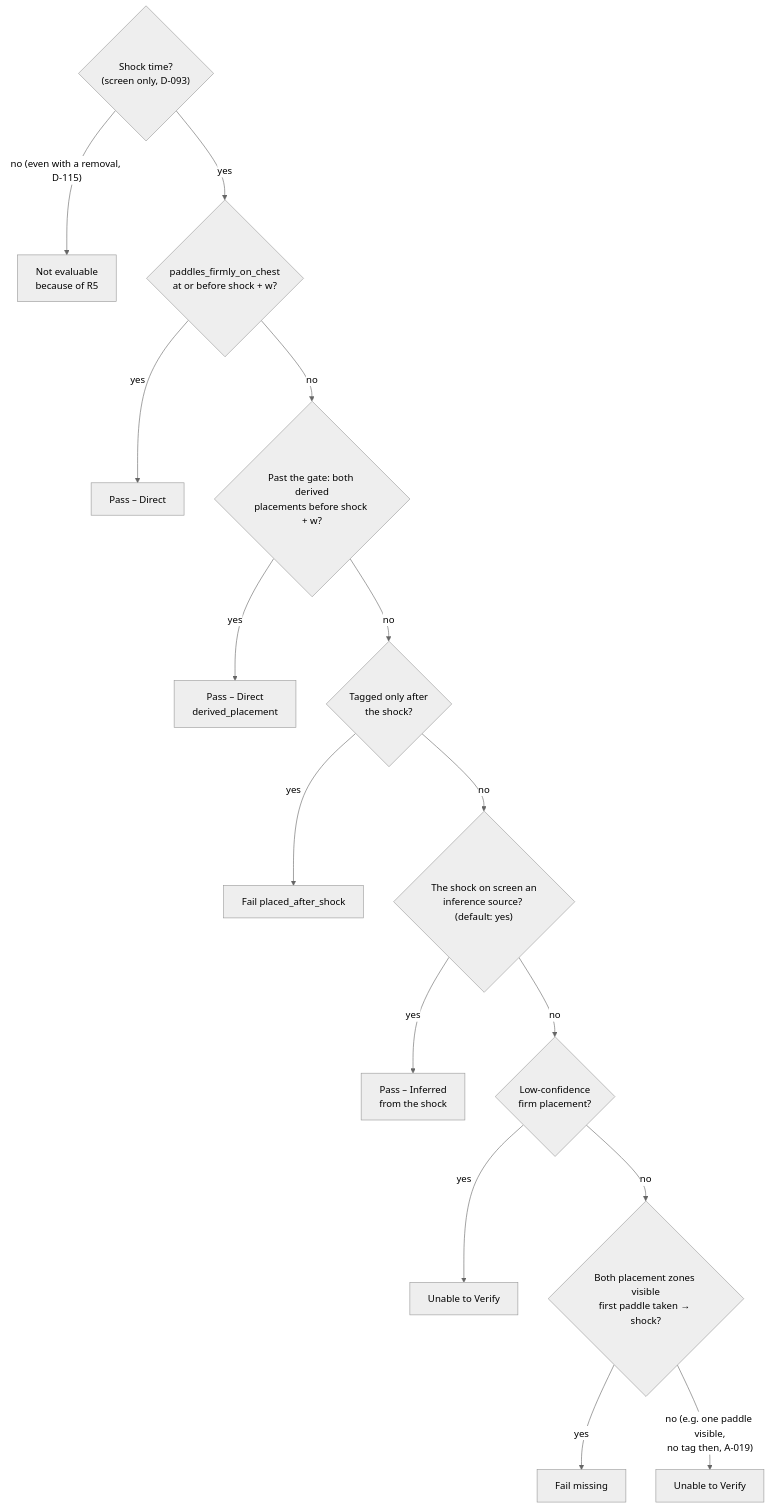
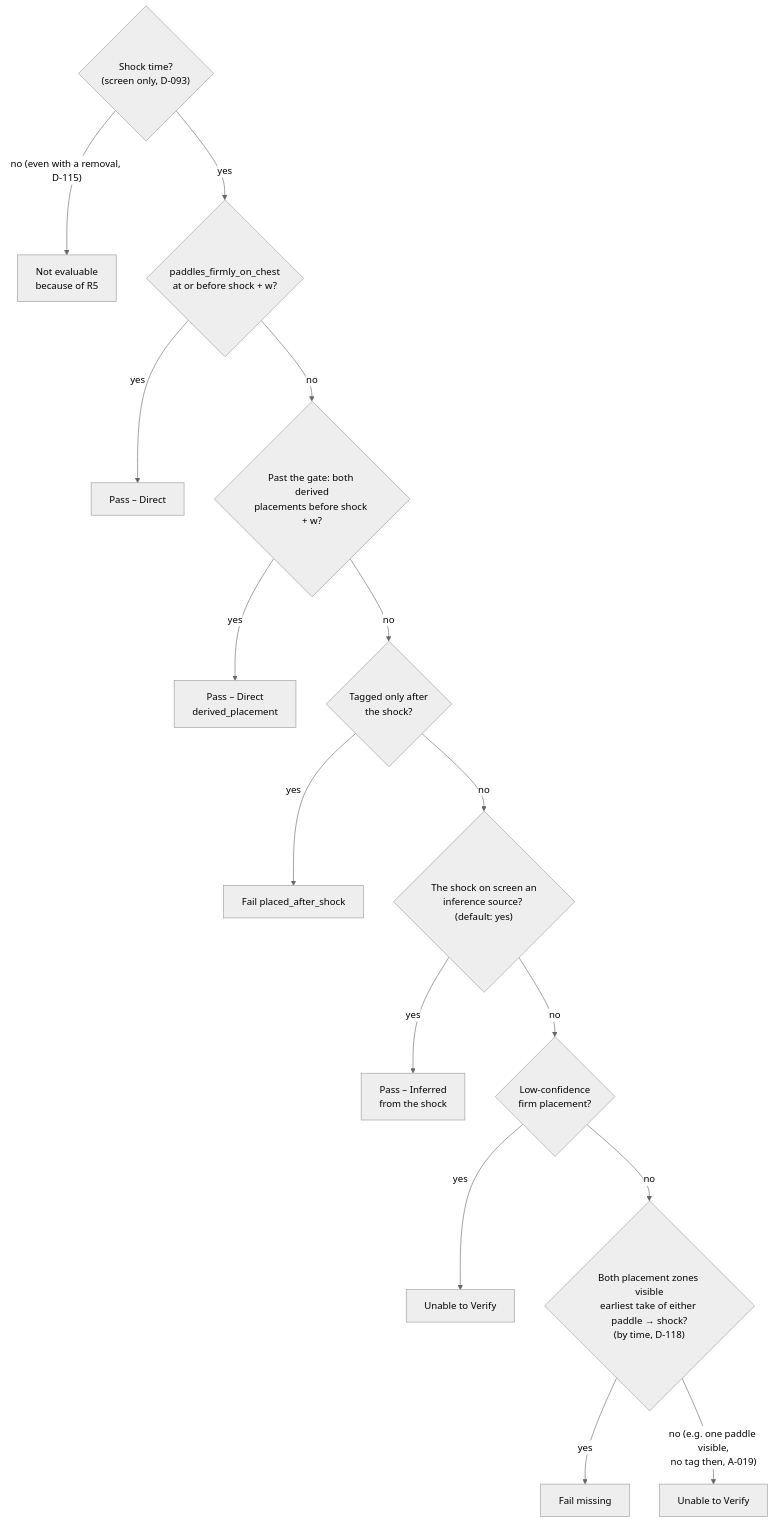
Before and after one commit to ananthu65/defibrillator_research: diagram 13 of 16 in docs/rule_engine/diagrams.md, drawn with Mermaid (neutral theme). The commit also changed other lines of this file and 33 other files, not shown here.

````diff
--- a/docs/rule_engine/diagrams.md
+++ b/docs/rule_engine/diagrams.md
@@ -324,17 +328,17 @@
 ```mermaid
 flowchart TD
     S{"Shock time?<br/>(screen only, D-093)"} -->|"no (even with a removal, D-115)"| NE["Not evaluable<br/>because of R5"]
     S -->|yes| T{"paddles_firmly_on_chest<br/>at or before shock + w?"}
     T -->|yes| P1["Pass – Direct"]
     T -->|no| D{"Past the gate: both derived<br/>placements before shock + w?"}
     D -->|yes| P2["Pass – Direct<br/>derived_placement"]
     D -->|no| L{"Tagged only after<br/>the shock?"}
     L -->|yes| F1["Fail placed_after_shock"]
     L -->|no| I{"The shock on screen an<br/>inference source? (default: yes)"}
     I -->|yes| P3["Pass – Inferred<br/>from the shock"]
     I -->|no| W{"Low-confidence<br/>firm placement?"}
     W -->|yes| U1["Unable to Verify"]
-    W -->|no| Z{"Both placement zones visible<br/>first paddle taken → shock?"}
+    W -->|no| Z{"Both placement zones visible<br/>earliest take of either paddle → shock?<br/>(by time, D-118)"}
     Z -->|yes| F2["Fail missing"]
     Z -->|"no (e.g. one paddle visible,<br/>no tag then, A-019)"| U2["Unable to Verify"]
 ```
````
